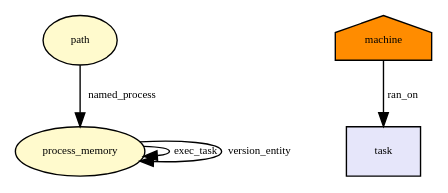
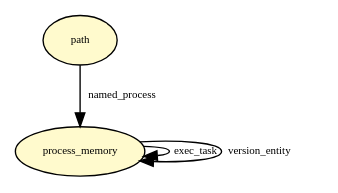
One commit to CamFlow/camflow-dev changed the diagram in docs/dot/bprm_committing_creds.dot. Above: the diagram before and after it, drawn with Graphviz. The commit also changed 3 other files, not shown here.

```diff
--- a/docs/dot/bprm_committing_creds.dot
+++ b/docs/dot/bprm_committing_creds.dot
@@ -1,17 +1,11 @@
 digraph RGL__DirectedAdjacencyGraph {path[fontsize = 8,label = path,shape = ellipse, fillcolor="#fffacd", style = filled]
 
 process_memory[fontsize = 8,label = process_memory,shape = ellipse, fillcolor="#fffacd", style = filled]
 
 path -> process_memory[fontsize = 8,label = named_process]
 
-machine[fontsize = 8,label = machine,shape = house, fillcolor="#ff8c00", style = filled]
-
-task[fontsize = 8,label = task,shape = rectangle, fillcolor="#e6e6fa", style = filled]
-
-machine -> task[fontsize = 8,label = ran_on]
-
 process_memory -> process_memory[fontsize = 8,label = exec_task]
 
 process_memory -> process_memory[fontsize = 8,label = version_entity]
 
 }
```
